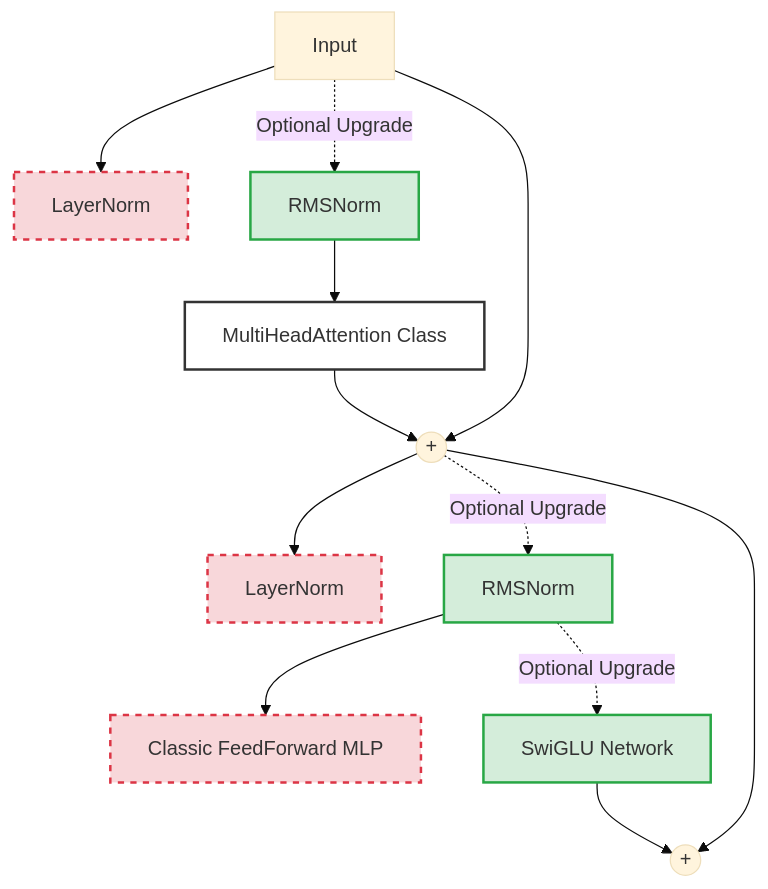
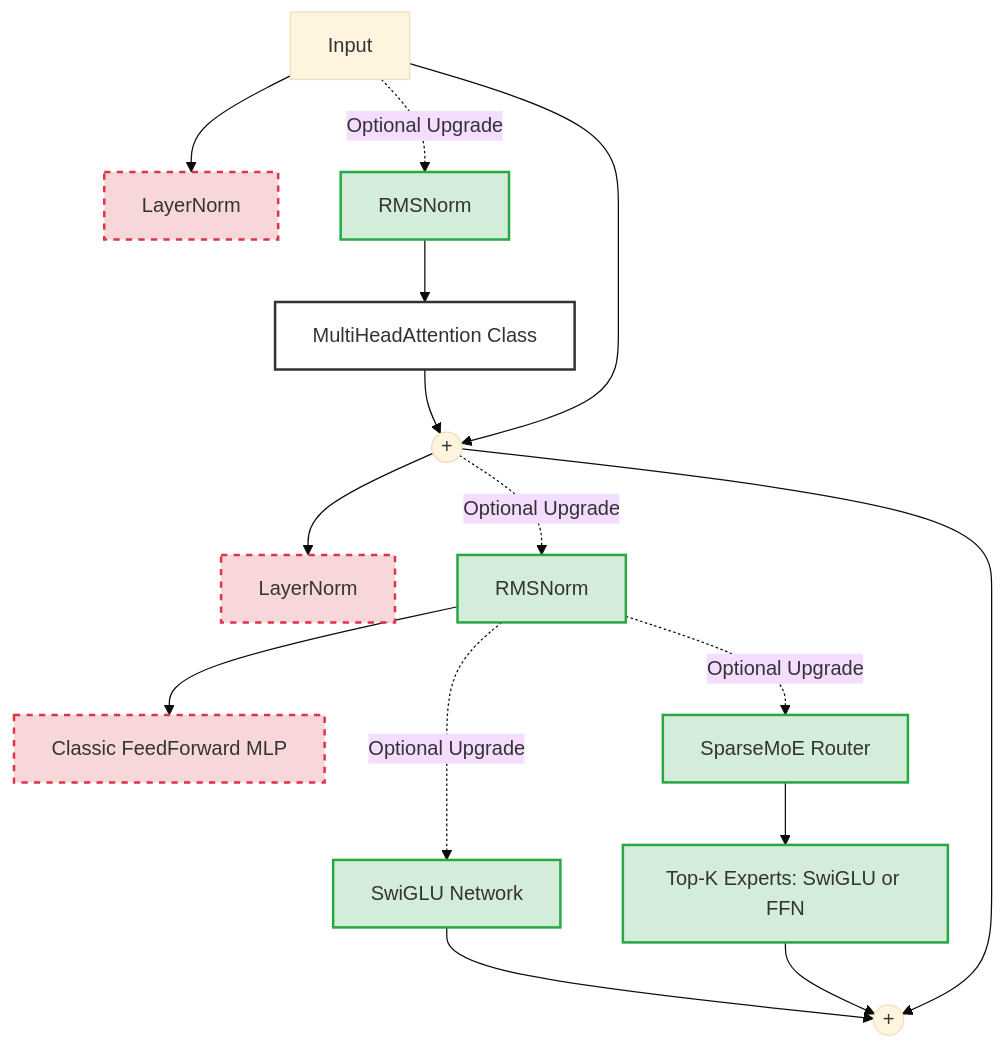
The third of 4 diagrams in README.md (SoKasl/AIMathLab), drawn with Mermaid (base theme) before and after one commit. The commit also changed other lines of this file and 32 other files, not shown here.

Commit message:
feat: implement sequence packing dataloader, evaluation stopping, ablation suite, paper draft, and observations

````diff
--- a/README.md
+++ b/README.md
@@ -63,22 +63,26 @@
 ```mermaid
 graph TD
     classDef base fill:#fff,stroke:#333,stroke-width:2px;
     classDef upgrade fill:#d4edda,stroke:#28a745,stroke-width:2px;
     classDef removed fill:#f8d7da,stroke:#dc3545,stroke-width:2px,stroke-dasharray: 5 5;
     
     Input --> Norm1[LayerNorm]:::removed
     Input -.->|Optional Upgrade| RMS1[RMSNorm]:::upgrade
     
     RMS1 --> Attn[MultiHeadAttention Class]:::base
     Attn --> Res1((+))
     Input --> Res1
     
     Res1 --> Norm2[LayerNorm]:::removed
     Res1 -.->|Optional Upgrade| RMS2[RMSNorm]:::upgrade
     
     RMS2 --> FFN[Classic FeedForward MLP]:::removed
     RMS2 -.->|Optional Upgrade| SwiGLU[SwiGLU Network]:::upgrade
+    RMS2 -.->|Optional Upgrade| MoE[SparseMoE Router]:::upgrade
+    
+    MoE --> Experts[Top-K Experts: SwiGLU or FFN]:::upgrade
     
     SwiGLU --> Res2((+))
+    Experts --> Res2
     Res1 --> Res2
 ```
````
